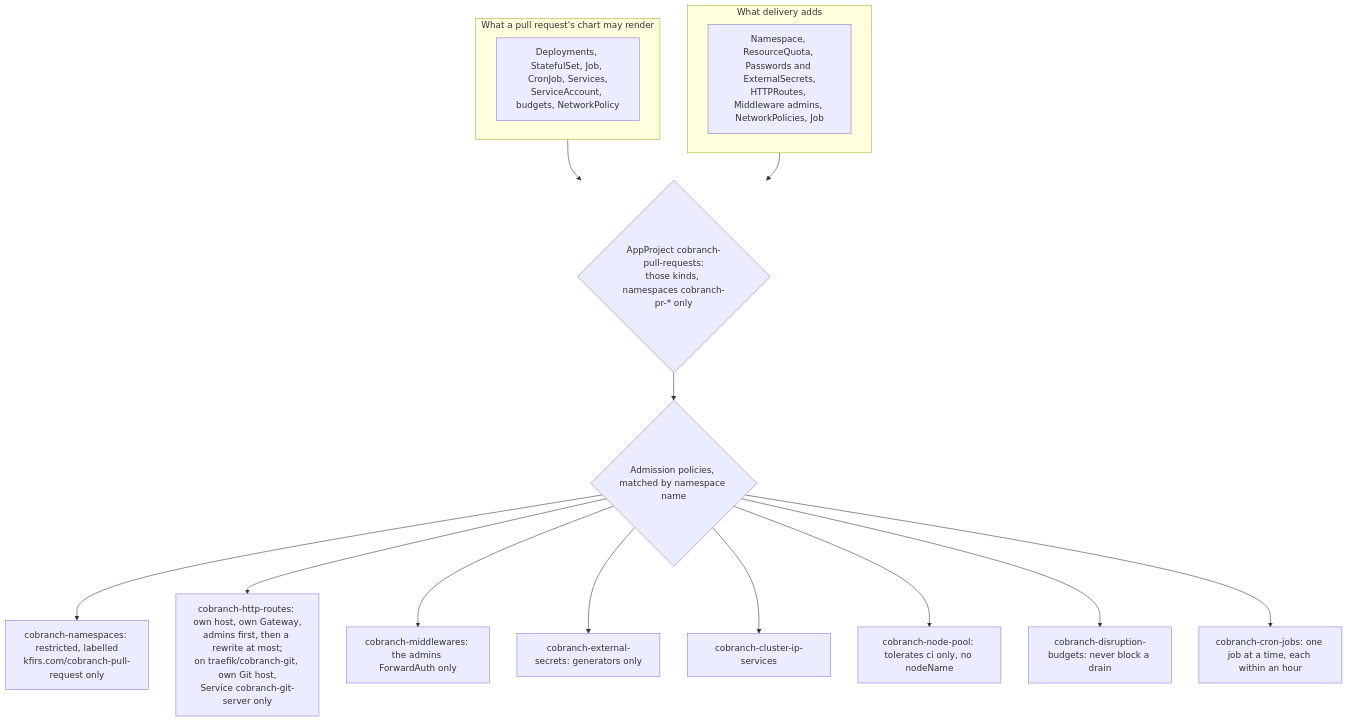
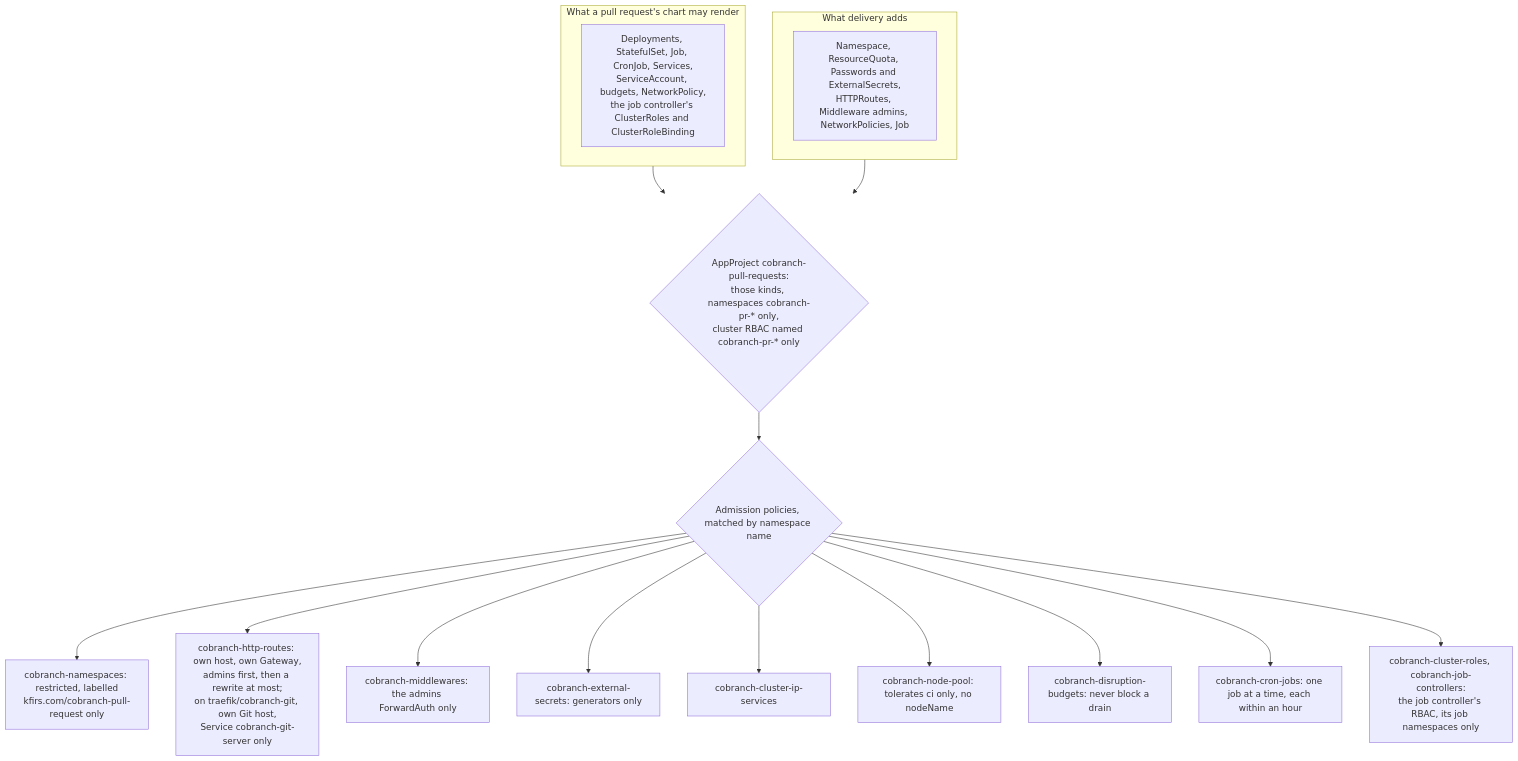
One commit to arikkfir-org/delivery changed the sixth of 6 diagrams in docs/delivery/designs/cobranch-previews.md. Above: the diagram before and after it, drawn with Mermaid. The commit also changed other lines of this file and 14 other files, not shown here.

````diff
--- a/docs/delivery/designs/cobranch-previews.md
+++ b/docs/delivery/designs/cobranch-previews.md
@@ -129,20 +129,21 @@
 ```mermaid
 flowchart TB
   subgraph code["What a pull request's chart may render"]
-    K1["Deployments, StatefulSet, Job, CronJob, Services,<br/>ServiceAccount, budgets, NetworkPolicy"]
+    K1["Deployments, StatefulSet, Job, CronJob, Services,<br/>ServiceAccount, budgets, NetworkPolicy,<br/>the job controller's ClusterRoles and ClusterRoleBinding"]
   end
   subgraph hub["What delivery adds"]
     K2["Namespace, ResourceQuota, Passwords and ExternalSecrets,<br/>HTTPRoutes, Middleware admins, NetworkPolicies, Job"]
   end
-  code --> Proj{"AppProject cobranch-pull-requests:<br/>those kinds, namespaces cobranch-pr-* only"}
+  code --> Proj{"AppProject cobranch-pull-requests:<br/>those kinds, namespaces cobranch-pr-* only,<br/>cluster RBAC named cobranch-pr-* only"}
   hub --> Proj
   Proj --> Pol{"Admission policies, matched by namespace name"}
   Pol --> P1["cobranch-namespaces: restricted, labelled<br/>kfirs.com/cobranch-pull-request only"]
   Pol --> P2["cobranch-http-routes: own host, own Gateway,<br/>admins first, then a rewrite at most;<br/>on traefik/cobranch-git, own Git host,<br/>Service cobranch-git-server only"]
   Pol --> P3["cobranch-middlewares: the admins ForwardAuth only"]
   Pol --> P4["cobranch-external-secrets: generators only"]
   Pol --> P5["cobranch-cluster-ip-services"]
   Pol --> P6["cobranch-node-pool: tolerates ci only, no nodeName"]
   Pol --> P7["cobranch-disruption-budgets: never block a drain"]
   Pol --> P8["cobranch-cron-jobs: one job at a time, each within an hour"]
+  Pol --> P9["cobranch-cluster-roles, cobranch-job-controllers:<br/>the job controller's RBAC, its job namespaces only"]
 ```
````
